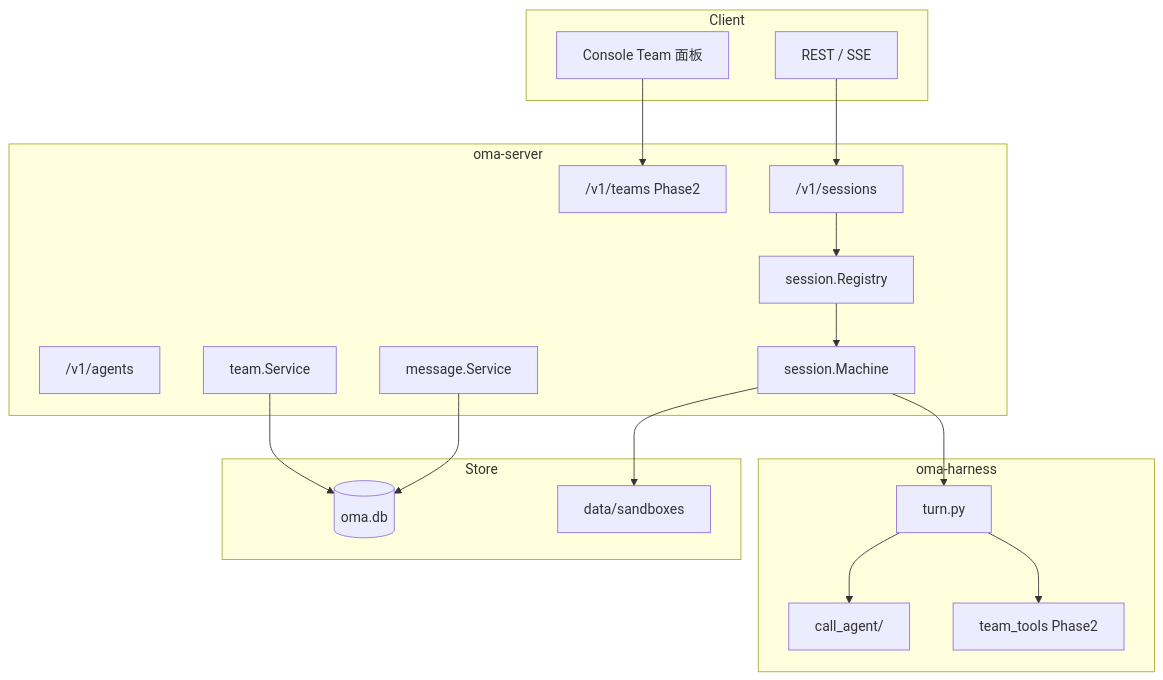
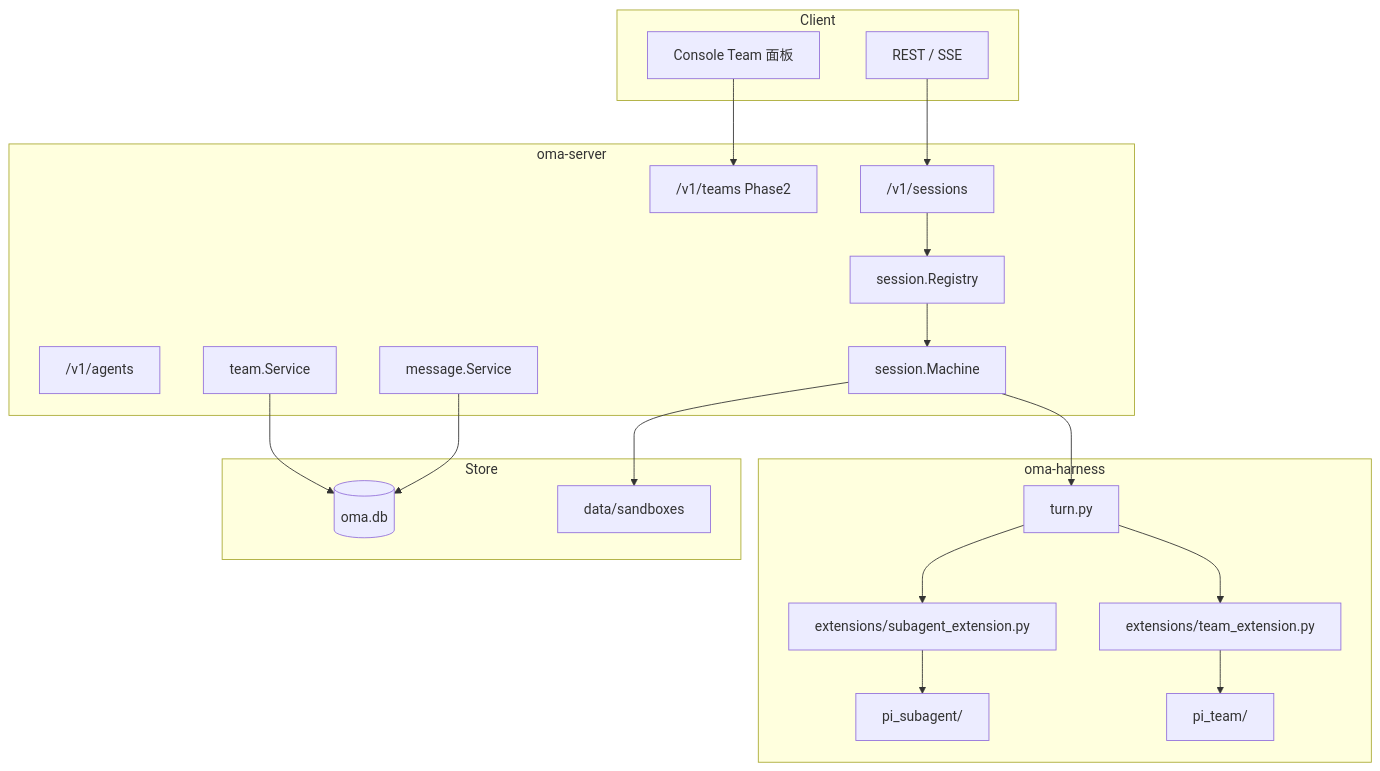
The diagram in docs/multi-agent/claude-code-agent-teams-migration-plan.md (www6v/oma-platform), drawn with Mermaid before and after one commit. The commit also changed other lines of this file and 38 other files, not shown here.

````diff
--- a/docs/multi-agent/claude-code-agent-teams-migration-plan.md
+++ b/docs/multi-agent/claude-code-agent-teams-migration-plan.md
@@ -67,35 +74,39 @@
 ```mermaid
 flowchart TB
   subgraph Client
     Console[Console Team 面板]
     API[REST / SSE]
   end
   subgraph Go["oma-server"]
     AgentsAPI["/v1/agents"]
     TeamsAPI["/v1/teams Phase2"]
     SessAPI["/v1/sessions"]
     TeamSvc[team.Service]
     MsgSvc[message.Service]
     Reg[session.Registry]
     Mach[session.Machine]
   end
   subgraph Py["oma-harness"]
     Turn[turn.py]
-    CallAgent[call_agent/]
-    TeamTools[team_tools Phase2]
+    PiSubagent[pi_subagent/]
+    PiTeam[pi_team/]
+    SubExt[extensions/subagent_extension.py]
+    TeamExt[extensions/team_extension.py]
   end
   subgraph Store
     SQLite[(oma.db)]
     Sandbox[data/sandboxes]
   end
   Console --> TeamsAPI
   API --> SessAPI
   SessAPI --> Reg
   Reg --> Mach
   Mach --> Turn
-  Turn --> CallAgent
-  Turn --> TeamTools
+  Turn --> SubExt
+  Turn --> TeamExt
+  SubExt --> PiSubagent
+  TeamExt --> PiTeam
   TeamSvc --> SQLite
   MsgSvc --> SQLite
   Mach --> Sandbox
 ```
````
